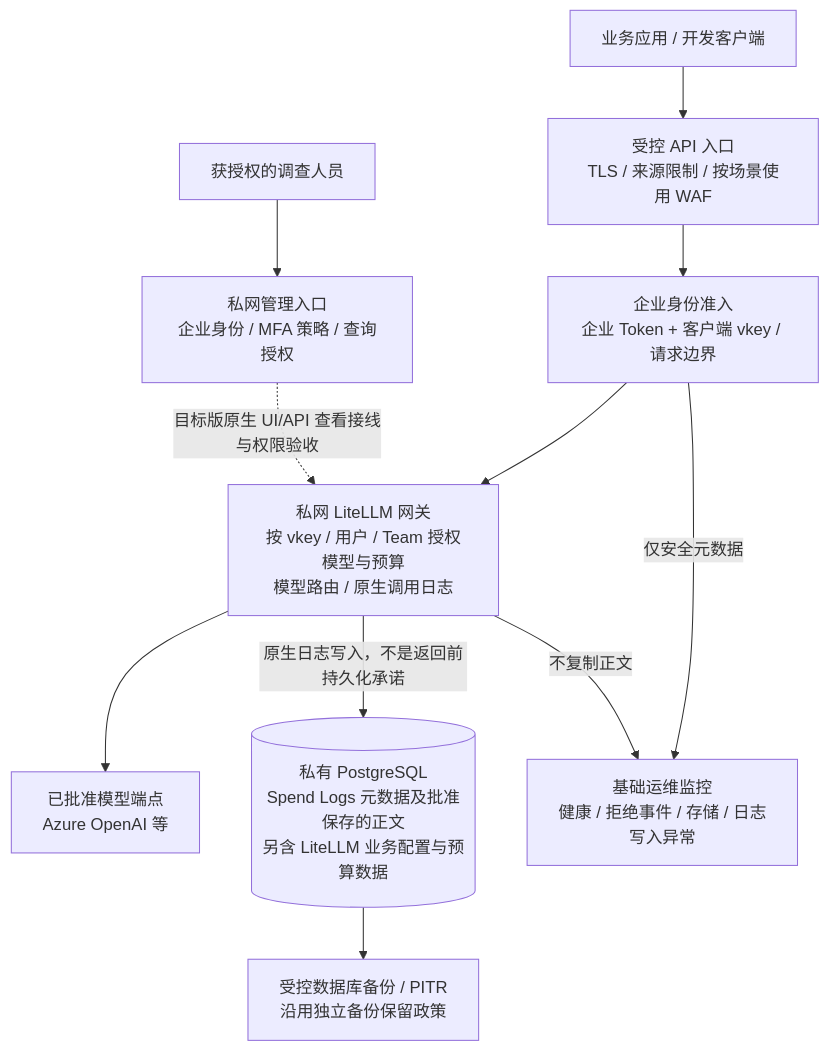
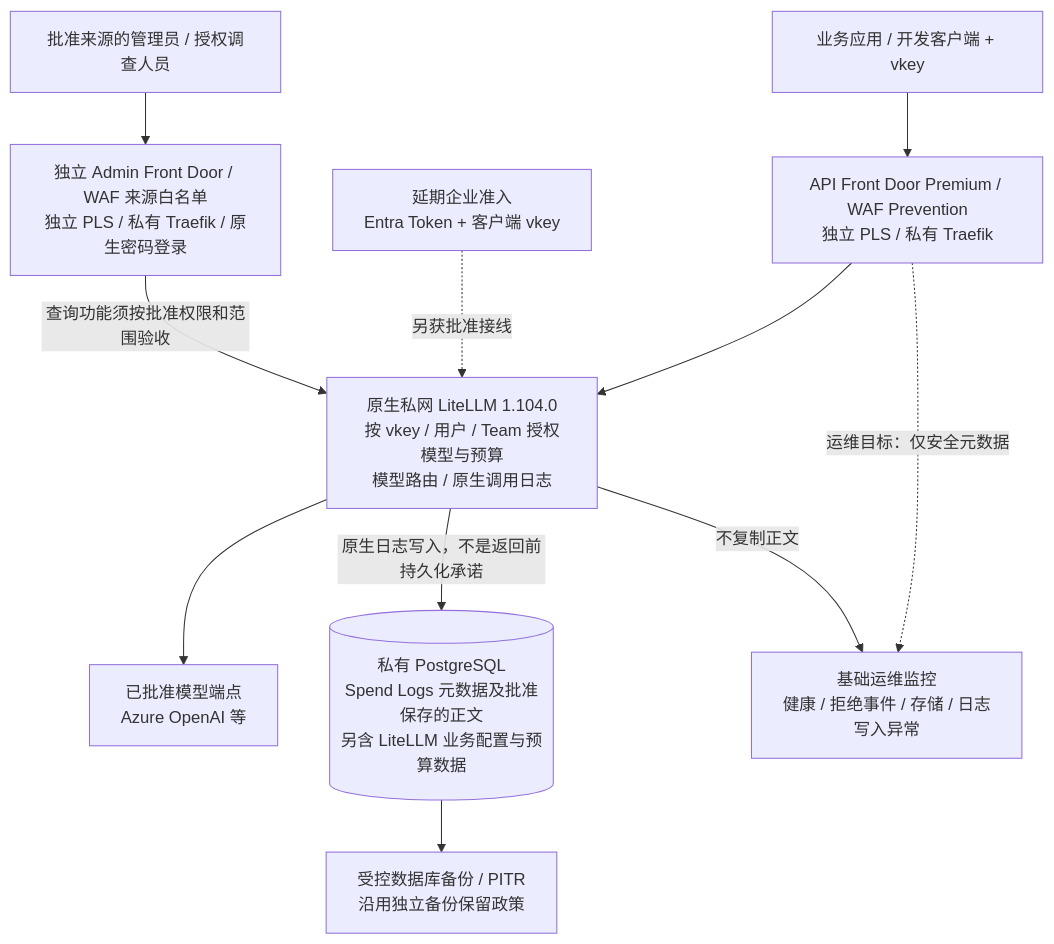
The diagram in docs/litellm-content-audit-phase1-customer-brief-zh.md (wukong121/secure-litellm-on-azure), drawn with Mermaid before and after one commit. The commit also changed other lines of this file and 56 other files, not shown here.

````diff
--- a/docs/litellm-content-audit-phase1-customer-brief-zh.md
+++ b/docs/litellm-content-audit-phase1-customer-brief-zh.md
@@ -43,13 +49,13 @@
 ```mermaid
 flowchart TB
-    users["业务应用 / 开发客户端"] --> edge["受控 API 入口\nTLS / 来源限制 / 按场景使用 WAF"]
-    edge --> auth["企业身份准入\n企业 Token + 客户端 vkey / 请求边界"]
-    auth --> gateway["私网 LiteLLM 网关\n按 vkey / 用户 / Team 授权模型与预算\n模型路由 / 原生调用日志"]
+    users["业务应用 / 开发客户端 + vkey"] --> edge["API Front Door Premium / WAF Prevention\n独立 PLS / 私有 Traefik"]
+    edge --> gateway["原生私网 LiteLLM 1.104.0\n按 vkey / 用户 / Team 授权模型与预算\n模型路由 / 原生调用日志"]
+    auth["延期企业准入\nEntra Token + 客户端 vkey"] -.另获批准接线.-> gateway
     gateway --> models["已批准模型端点\nAzure OpenAI 等"]
     gateway -->|"原生日志写入，不是返回前持久化承诺"| db[("私有 PostgreSQL\nSpend Logs 元数据及批准保存的正文\n另含 LiteLLM 业务配置与预算数据")]
-    auditors["获授权的调查人员"] --> management["私网管理入口\n企业身份 / MFA 策略 / 查询授权"]
-    management -. "目标版原生 UI/API 查看接线与权限验收" .-> gateway
+    auditors["批准来源的管理员 / 授权调查人员"] --> management["独立 Admin Front Door / WAF 来源白名单\n独立 PLS / 私有 Traefik / 原生密码登录"]
+    management -->|"查询功能须按批准权限和范围验收"| gateway
     db --> backup["受控数据库备份 / PITR\n沿用独立备份保留政策"]
-    auth -->|"仅安全元数据"| monitoring["基础运维监控\n健康 / 拒绝事件 / 存储 / 日志写入异常"]
+    edge -. "运维目标：仅安全元数据" .-> monitoring["基础运维监控\n健康 / 拒绝事件 / 存储 / 日志写入异常"]
     gateway -->|"不复制正文"| monitoring
 ```
````
